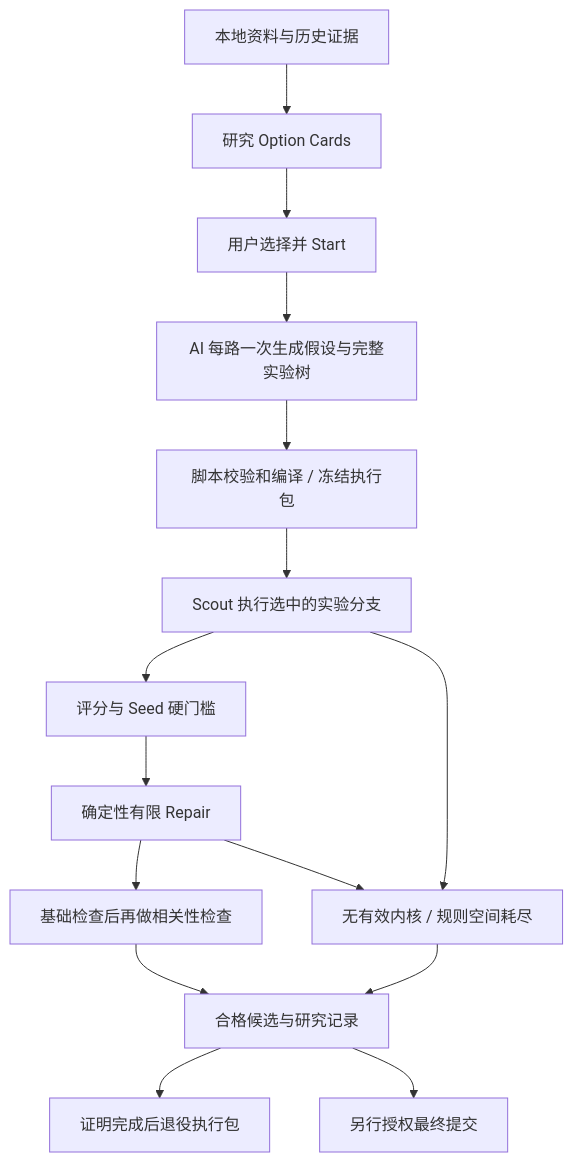
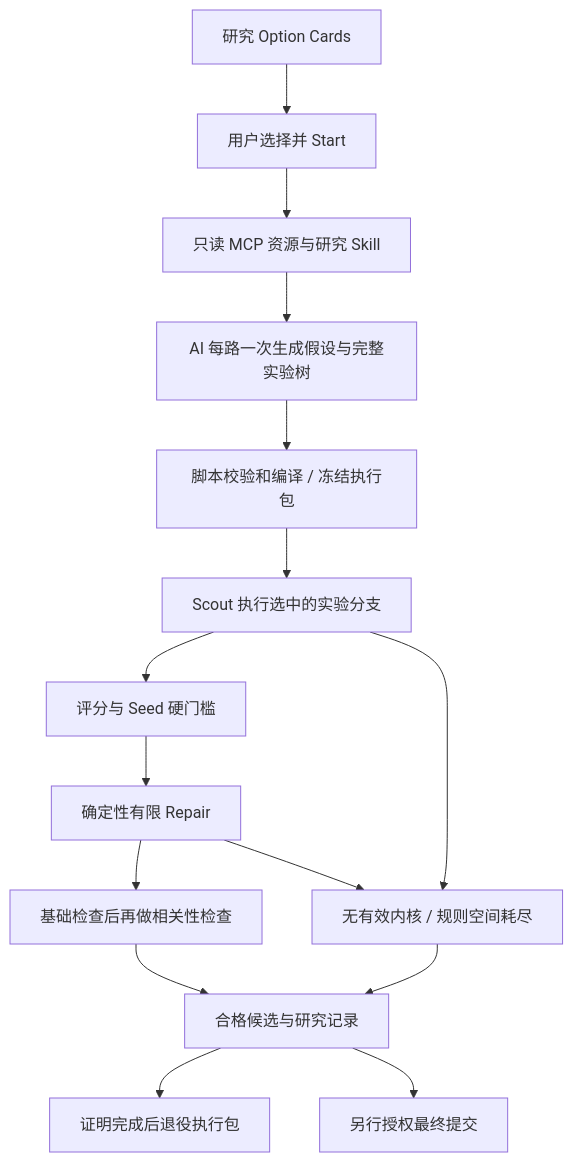
The diagram in BrainWorkflow/README.md (oytl2024/skills-and-workflows), drawn with Mermaid before and after one commit. The commit also changed other lines of this file and 30 other files, not shown here.

Commit message:
feat: plan research through scoped live MCP and research Skill

````diff
--- a/BrainWorkflow/README.md
+++ b/BrainWorkflow/README.md
@@ -23,17 +23,17 @@
 ```mermaid
 flowchart TD
-    K[本地资料与历史证据] --> O[研究 Option Cards]
-    O --> U[用户选择并 Start]
-    U --> P[AI 每路一次生成假设与完整实验树]
+    O[研究 Option Cards] --> U[用户选择并 Start]
+    U --> K[只读 MCP 资源与研究 Skill]
+    K --> P[AI 每路一次生成假设与完整实验树]
     P --> V[脚本校验和编译 / 冻结执行包]
     V --> S[Scout 执行选中的实验分支]
     S --> E[评分与 Seed 硬门槛]
     E --> R[确定性有限 Repair]
     R --> C[基础检查后再做相关性检查]
     C --> Q[合格候选与研究记录]
     Q --> T[证明完成后退役执行包]
     Q --> A[另行授权最终提交]
     S --> N[无有效内核 / 规则空间耗尽]
     R --> N
     N --> Q
 ```
````
